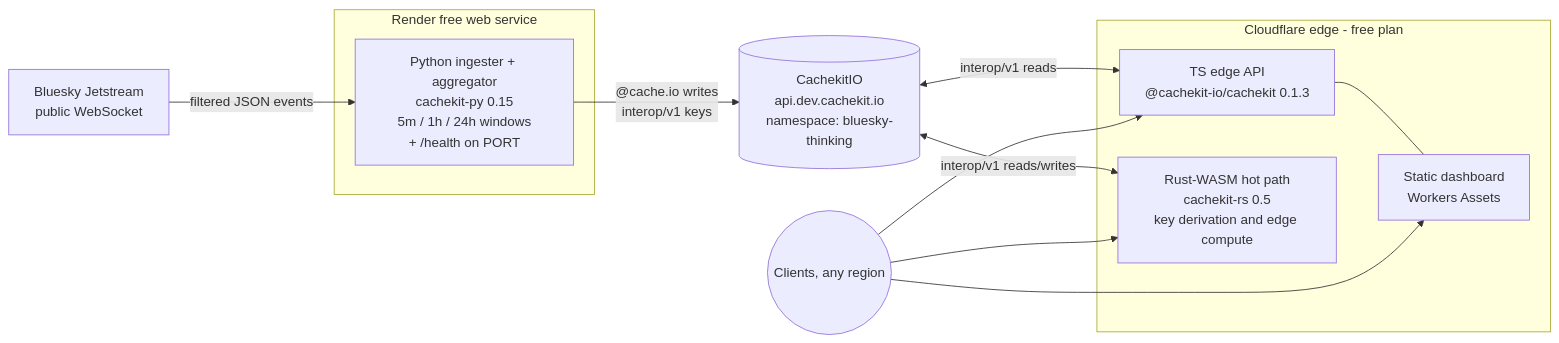
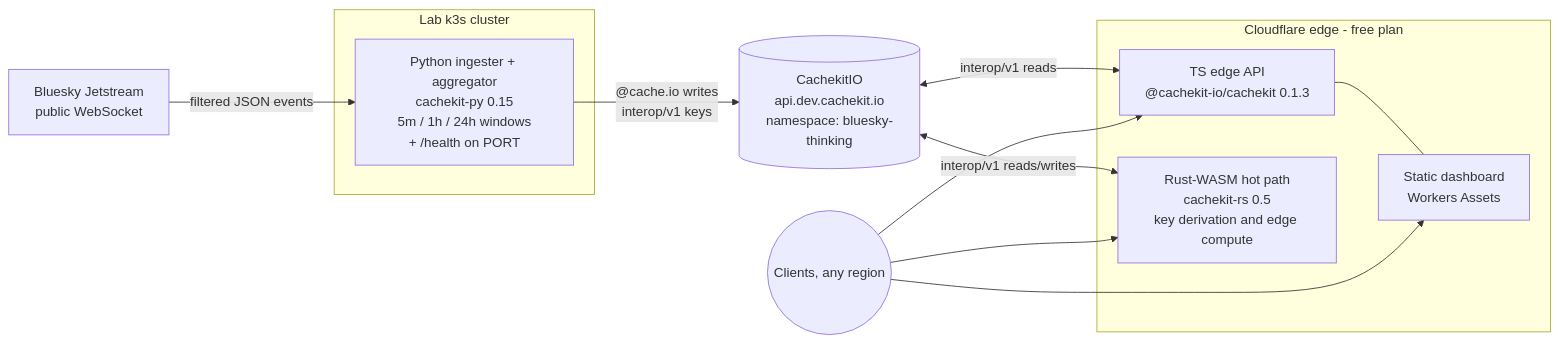
One commit to cachekit-io/bluesky-thinking changed the diagram in README.md. Above: the diagram before and after it, drawn with Mermaid. The commit also changed other lines of this file and 18 other files, not shown here.

First line of the commit message:
chore(deploy): containerize ingester, ship lab-k3s manifests, retire Render (LAB-2383)

````diff
--- a/README.md
+++ b/README.md
@@ -33,21 +33,21 @@
 ```mermaid
 flowchart LR
     JS[Bluesky Jetstream\npublic WebSocket] -->|filtered JSON events| ING
 
-    subgraph Render free web service
+    subgraph Lab k3s cluster
         ING[Python ingester + aggregator\ncachekit-py 0.15\n5m / 1h / 24h windows\n+ /health on PORT]
     end
 
     ING -->|"@cache.io writes\ninterop/v1 keys"| CK[(CachekitIO\napi.dev.cachekit.io\nnamespace: bluesky-thinking)]
 
     subgraph Cloudflare edge - free plan
         API[TS edge API\n@cachekit-io/cachekit 0.1.3]
         WASM[Rust-WASM hot path\ncachekit-rs 0.5\nkey derivation and edge compute]
         DASH[Static dashboard\nWorkers Assets]
     end
 
     CK <-->|interop/v1 reads| API
     CK <-->|interop/v1 reads/writes| WASM
     API --- DASH
     Browser((Clients, any region)) --> DASH & API & WASM
 ```
````
